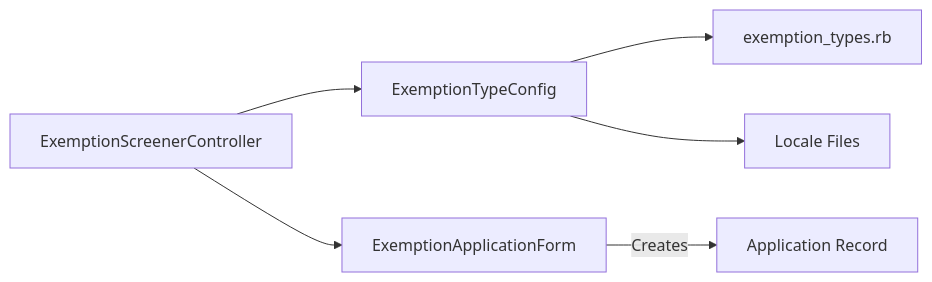
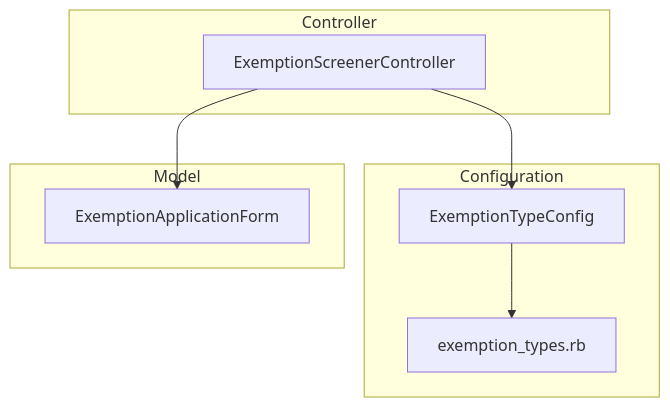
The second of 2 diagrams in docs/architecture/exemption-screener-v2/README.md (navapbc/oscer), drawn with Mermaid before and after one commit. The commit also changed other lines of this file and 2 other files, not shown here.

````diff
--- a/docs/architecture/exemption-screener-v2/README.md
+++ b/docs/architecture/exemption-screener-v2/README.md
@@ -96,8 +28,19 @@
 ```mermaid
-flowchart LR
-    Controller[ExemptionScreenerController] --> Config[ExemptionTypeConfig]
-    Controller --> Model[ExemptionApplicationForm]
-    Config --> Initializer[exemption_types.rb]
-    Config --> I18n[Locale Files]
-    Model --> |Creates| App[Application Record]
+flowchart TB
+    subgraph controller [Controller]
+        ESC[ExemptionScreenerController]
+    end
+
+    subgraph config [Configuration]
+        ETC[ExemptionTypeConfig]
+        Init[exemption_types.rb]
+    end
+
+    subgraph model [Model]
+        EAF[ExemptionApplicationForm]
+    end
+
+    ESC --> ETC
+    ESC --> EAF
+    ETC --> Init
 ```
````
